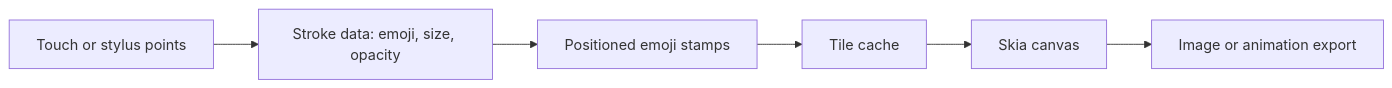
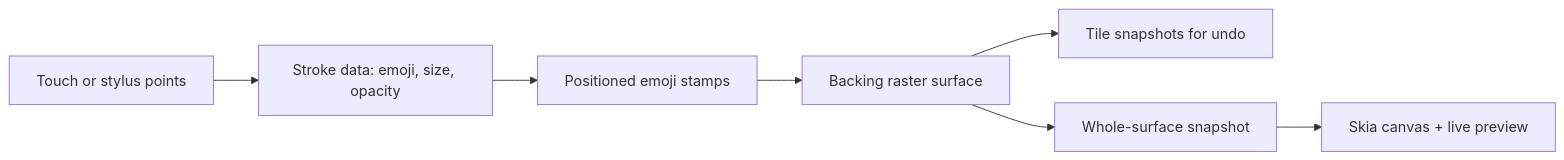
One commit to senderpa/EmojiPainter changed the second of 2 diagrams in README.md. Above: the diagram before and after it, drawn with Mermaid. The commit also changed other lines of this file and 18 other files, not shown here.

````diff
--- a/README.md
+++ b/README.md
@@ -172,8 +178,9 @@
 ```mermaid
 flowchart LR
   Gesture[Touch or stylus points] --> Stroke[Stroke data: emoji, size, opacity]
   Stroke --> Stamps[Positioned emoji stamps]
-  Stamps --> Tiles[Tile cache]
-  Tiles --> Canvas[Skia canvas]
-  Canvas --> Export[Image or animation export]
+  Stamps --> Surface[Backing raster surface]
+  Surface --> Undo[Tile snapshots for undo]
+  Surface --> Snapshot[Whole-surface snapshot]
+  Snapshot --> Canvas[Skia canvas + live preview]
 ```
````
